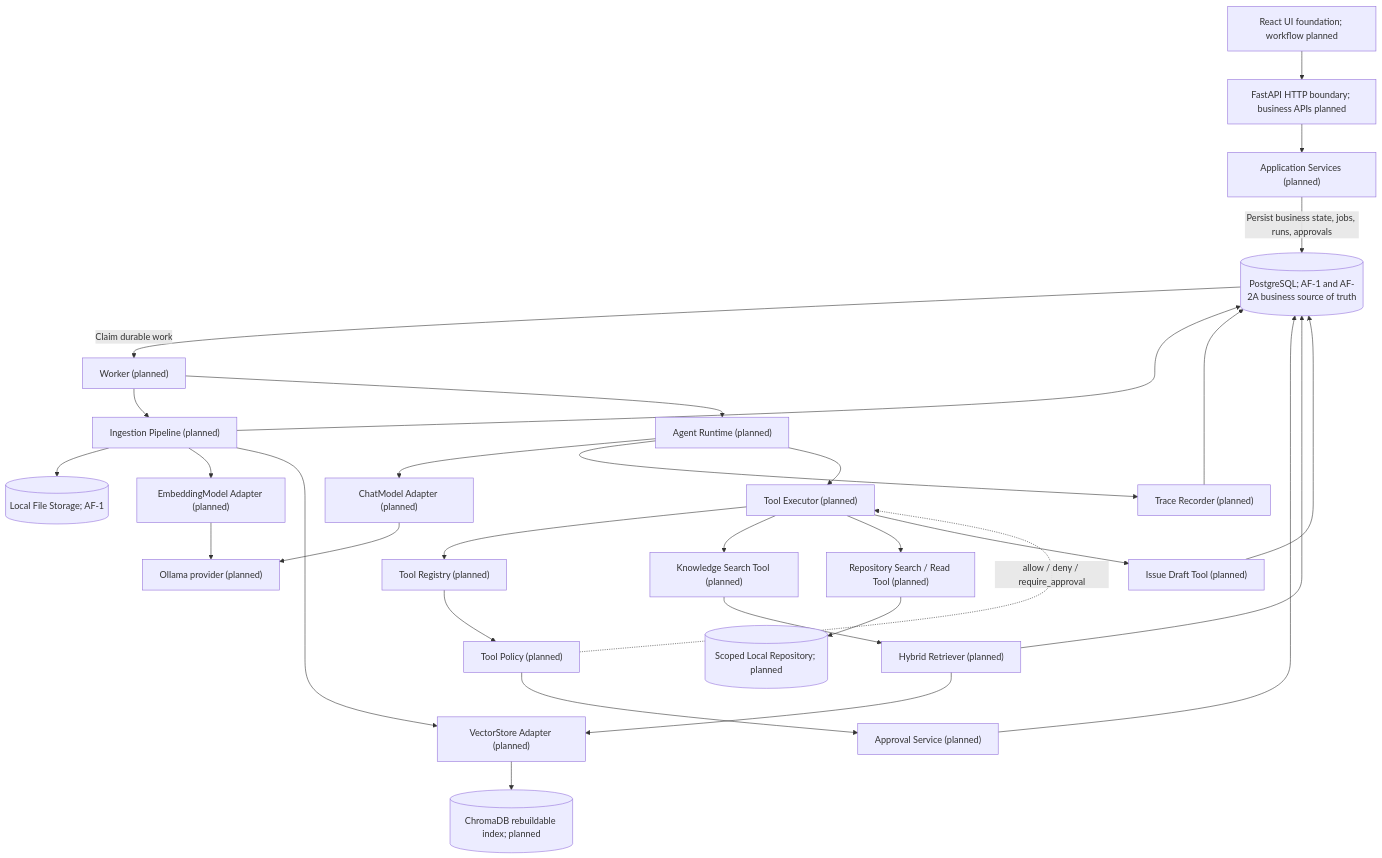
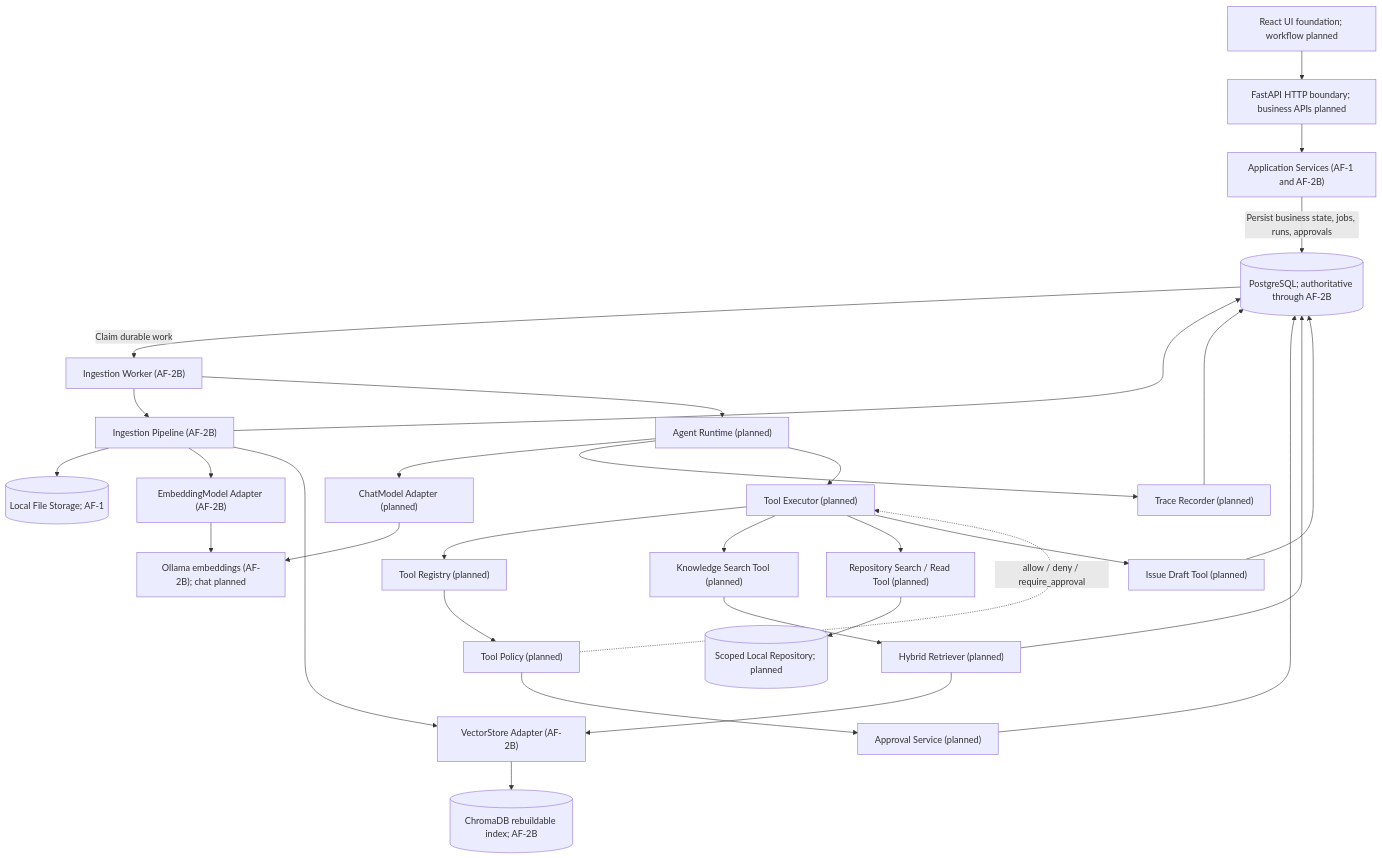
One commit to hyperweng821-commits/Agentic-Rag-Platform changed the first of 4 diagrams in docs/architecture.md. Above: the diagram before and after it, drawn with Mermaid. The commit also changed other lines of this file and 39 other files, not shown here.

Commit message:
feat(ingestion): add deterministic document processing and vector indexing

````diff
--- a/docs/architecture.md
+++ b/docs/architecture.md
@@ -49,61 +55,61 @@
 ```mermaid
 flowchart TD
     UI["React UI foundation; workflow planned"]
     HTTP["FastAPI HTTP boundary; business APIs planned"]
-    Services["Application Services (planned)"]
-    Worker["Worker (planned)"]
-    Ingestion["Ingestion Pipeline (planned)"]
+    Services["Application Services (AF-1 and AF-2B)"]
+    Worker["Ingestion Worker (AF-2B)"]
+    Ingestion["Ingestion Pipeline (AF-2B)"]
     Runtime["Agent Runtime (planned)"]
     Executor["Tool Executor (planned)"]
     Registry["Tool Registry (planned)"]
     Policy["Tool Policy (planned)"]
     Approval["Approval Service (planned)"]
     Trace["Trace Recorder (planned)"]
     Knowledge["Knowledge Search Tool (planned)"]
     Repository["Repository Search / Read Tool (planned)"]
     Issue["Issue Draft Tool (planned)"]
     Retriever["Hybrid Retriever (planned)"]
     ChatAdapter["ChatModel Adapter (planned)"]
-    EmbeddingAdapter["EmbeddingModel Adapter (planned)"]
-    VectorAdapter["VectorStore Adapter (planned)"]
-    PG[(PostgreSQL; AF-1 and AF-2A business source of truth)]
-    Chroma[(ChromaDB rebuildable index; planned)]
-    Ollama["Ollama provider (planned)"]
+    EmbeddingAdapter["EmbeddingModel Adapter (AF-2B)"]
+    VectorAdapter["VectorStore Adapter (AF-2B)"]
+    PG[(PostgreSQL; authoritative through AF-2B)]
+    Chroma[(ChromaDB rebuildable index; AF-2B)]
+    Ollama["Ollama embeddings (AF-2B); chat planned"]
     Files[(Local File Storage; AF-1)]
     LocalRepo[(Scoped Local Repository; planned)]
 
     UI --> HTTP
     HTTP --> Services
     Services -->|"Persist business state, jobs, runs, approvals"| PG
     PG -->|"Claim durable work"| Worker
 
     Worker --> Ingestion
     Worker --> Runtime
     Ingestion --> Files
     Ingestion --> PG
     Ingestion --> EmbeddingAdapter
     EmbeddingAdapter --> Ollama
     Ingestion --> VectorAdapter
     VectorAdapter --> Chroma
 
     Runtime --> ChatAdapter
     ChatAdapter --> Ollama
     Runtime --> Trace
     Trace --> PG
 
     Runtime --> Executor
     Executor --> Registry
     Registry --> Policy
     Policy -. "allow / deny / require_approval" .-> Executor
     Policy --> Approval
     Approval --> PG
 
     Executor --> Knowledge
     Executor --> Repository
     Executor --> Issue
     Knowledge --> Retriever
     Retriever --> PG
     Retriever --> VectorAdapter
     Repository --> LocalRepo
     Issue --> PG
 ```
````
